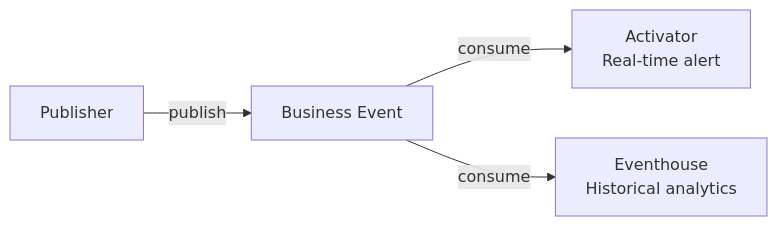
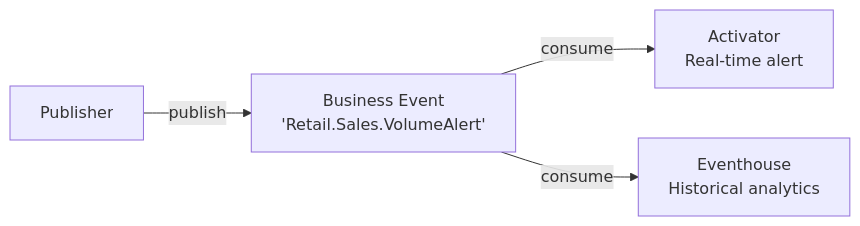
One commit to microsoft/fabric-events changed the second of 4 diagrams in docs/business-events/design-guides/multi-consumer-fanout.md. Above: the diagram before and after it, drawn with Mermaid. The commit also changed other lines of this file and 9 other files, not shown here.

First line of the commit message:
Standardize Business Event diagram nodes across all articles

````diff
--- a/docs/business-events/design-guides/multi-consumer-fanout.md
+++ b/docs/business-events/design-guides/multi-consumer-fanout.md
@@ -23,6 +23,6 @@
 ```mermaid
 flowchart LR
-    P[Publisher] -->|publish| BE[Business Event]
+    P[Publisher] -->|publish| BE[Business Event\n'Retail.Sales.VolumeAlert']
     BE -->|consume| ACT[Activator\nReal-time alert]
     BE -->|consume| EH[Eventhouse\nHistorical analytics]
 ```
````
